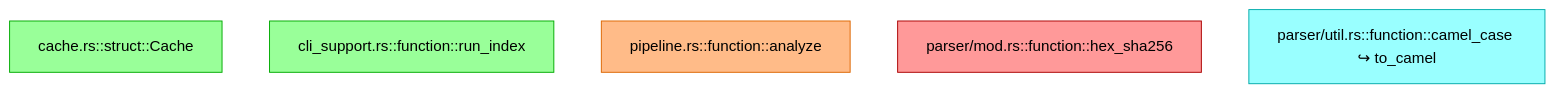
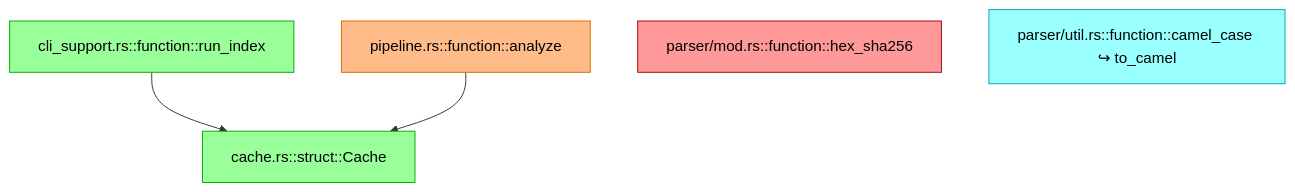
Before and after one commit to anatta-rs/ast-to-mermaid: the fourth of 5 diagrams in README.md, drawn with Mermaid. The commit also changed other lines of this file and 2 other files, not shown here.

````diff
--- a/README.md
+++ b/README.md
@@ -90,13 +90,15 @@
 ```mermaid
 graph TD
     %% diff: main → feature
     classDef added fill:#9f9,stroke:#0a0,color:#000
     classDef removed fill:#f99,stroke:#a00,color:#000
     classDef modified fill:#fb8,stroke:#d60,color:#000
     classDef renamed fill:#9ff,stroke:#0aa,color:#000
     n0["cache.rs::struct::Cache"]:::added
     n1["cli_support.rs::function::run_index"]:::added
     n2["pipeline.rs::function::analyze"]:::modified
     n3["parser/mod.rs::function::hex_sha256"]:::removed
     n4["parser/util.rs::function::camel_case ↪ to_camel"]:::renamed
+    n1 --> n0
+    n2 --> n0
 ```
````
